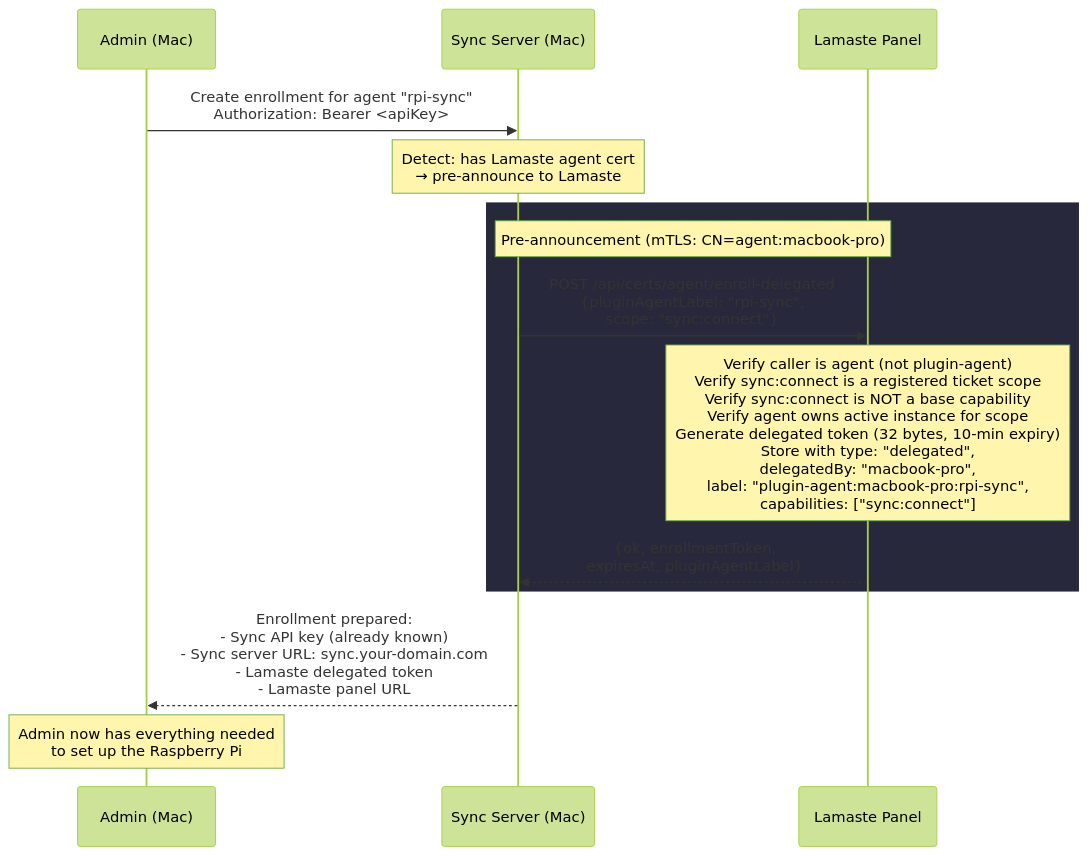
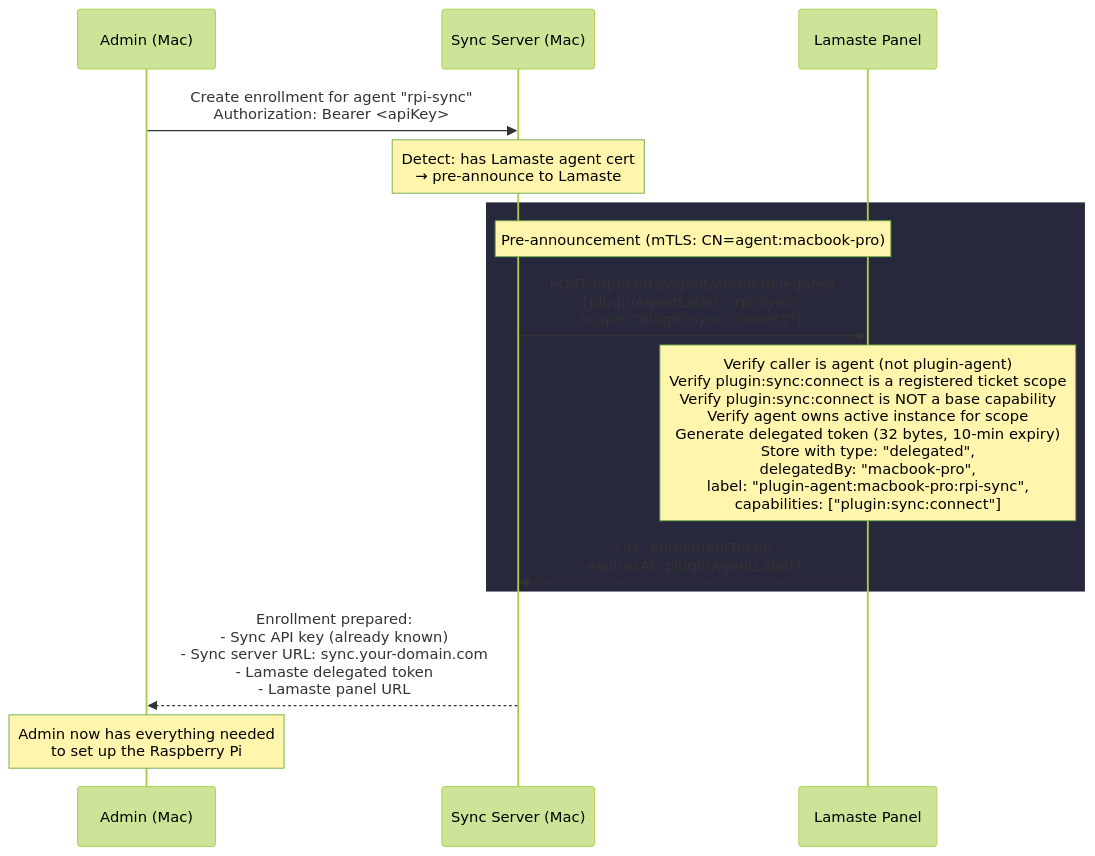
Before and after one commit to lamalibre/lamaste: the fourth of 11 diagrams in packages/core/docs/02-guides/standalone-plugin-with-tickets.md, drawn with Mermaid (forest theme). The commit also changed other lines of this file and 5 other files, not shown here.

````diff
--- a/packages/core/docs/02-guides/standalone-plugin-with-tickets.md
+++ b/packages/core/docs/02-guides/standalone-plugin-with-tickets.md
@@ -133,21 +133,21 @@
 ```mermaid
 sequenceDiagram
     participant Admin as Admin (Mac)
     participant Sync as Sync Server (Mac)
     participant Panel as Lamaste Panel
 
     Admin->>Sync: Create enrollment for agent "rpi-sync"<br/>Authorization: Bearer <apiKey>
 
     Note over Sync: Detect: has Lamaste agent cert<br/>→ pre-announce to Lamaste
 
     rect rgb(40, 40, 60)
         Note over Sync,Panel: Pre-announcement (mTLS: CN=agent:macbook-pro)
-        Sync->>Panel: POST /api/certs/agent/enroll-delegated<br/>{pluginAgentLabel: "rpi-sync",<br/>scope: "sync:connect"}
-        Note over Panel: Verify caller is agent (not plugin-agent)<br/>Verify sync:connect is a registered ticket scope<br/>Verify sync:connect is NOT a base capability<br/>Verify agent owns active instance for scope<br/>Generate delegated token (32 bytes, 10-min expiry)<br/>Store with type: "delegated",<br/>delegatedBy: "macbook-pro",<br/>label: "plugin-agent:macbook-pro:rpi-sync",<br/>capabilities: ["sync:connect"]
+        Sync->>Panel: POST /api/certs/agent/enroll-delegated<br/>{pluginAgentLabel: "rpi-sync",<br/>scope: "plugin:sync:connect"}
+        Note over Panel: Verify caller is agent (not plugin-agent)<br/>Verify plugin:sync:connect is a registered ticket scope<br/>Verify plugin:sync:connect is NOT a base capability<br/>Verify agent owns active instance for scope<br/>Generate delegated token (32 bytes, 10-min expiry)<br/>Store with type: "delegated",<br/>delegatedBy: "macbook-pro",<br/>label: "plugin-agent:macbook-pro:rpi-sync",<br/>capabilities: ["plugin:sync:connect"]
         Panel-->>Sync: {ok, enrollmentToken,<br/>expiresAt, pluginAgentLabel}
     end
 
     Sync-->>Admin: Enrollment prepared:<br/>- Sync API key (already known)<br/>- Sync server URL: sync.your-domain.com<br/>- Lamaste delegated token<br/>- Lamaste panel URL
 
     Note over Admin: Admin now has everything needed<br/>to set up the Raspberry Pi
 ```
````
